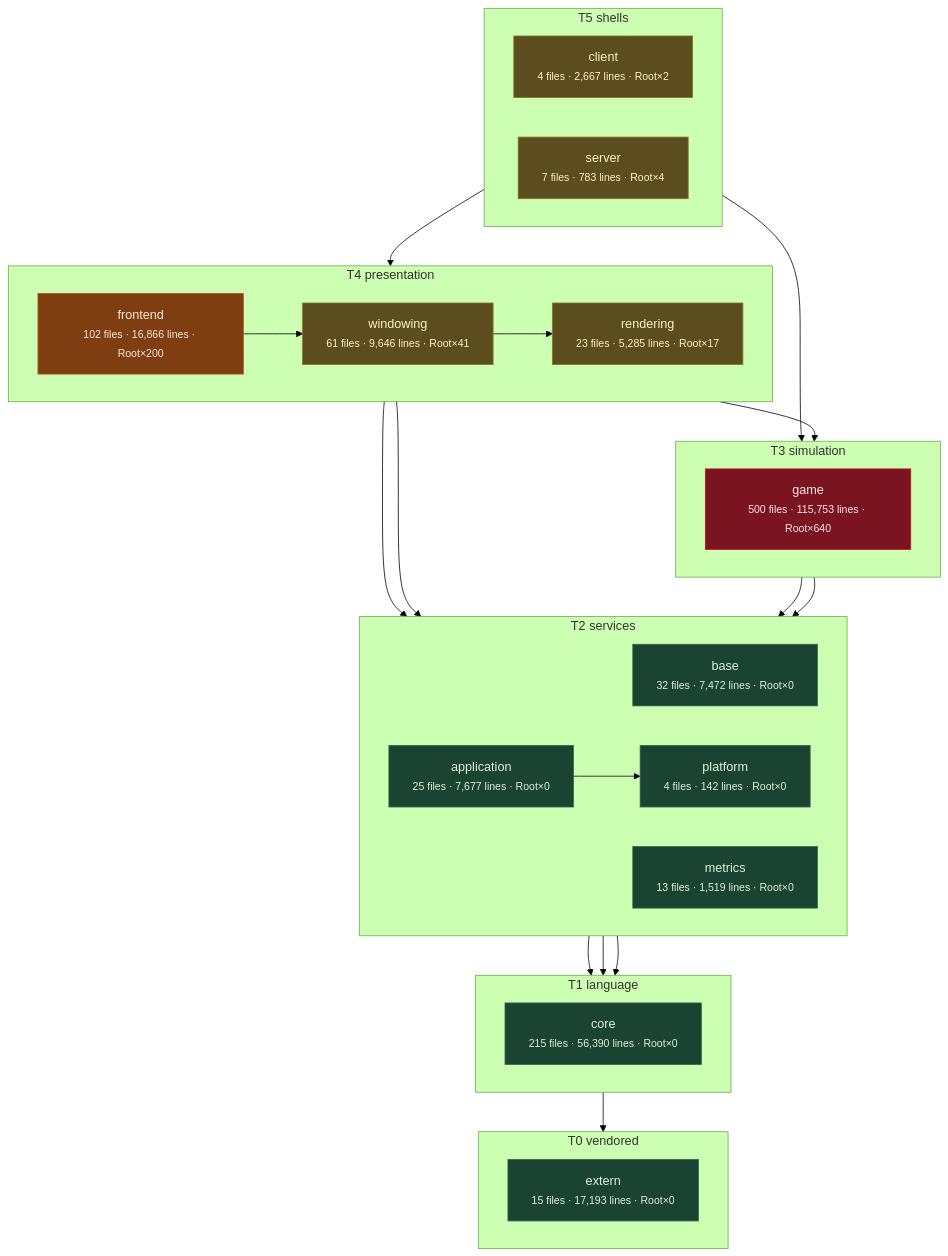
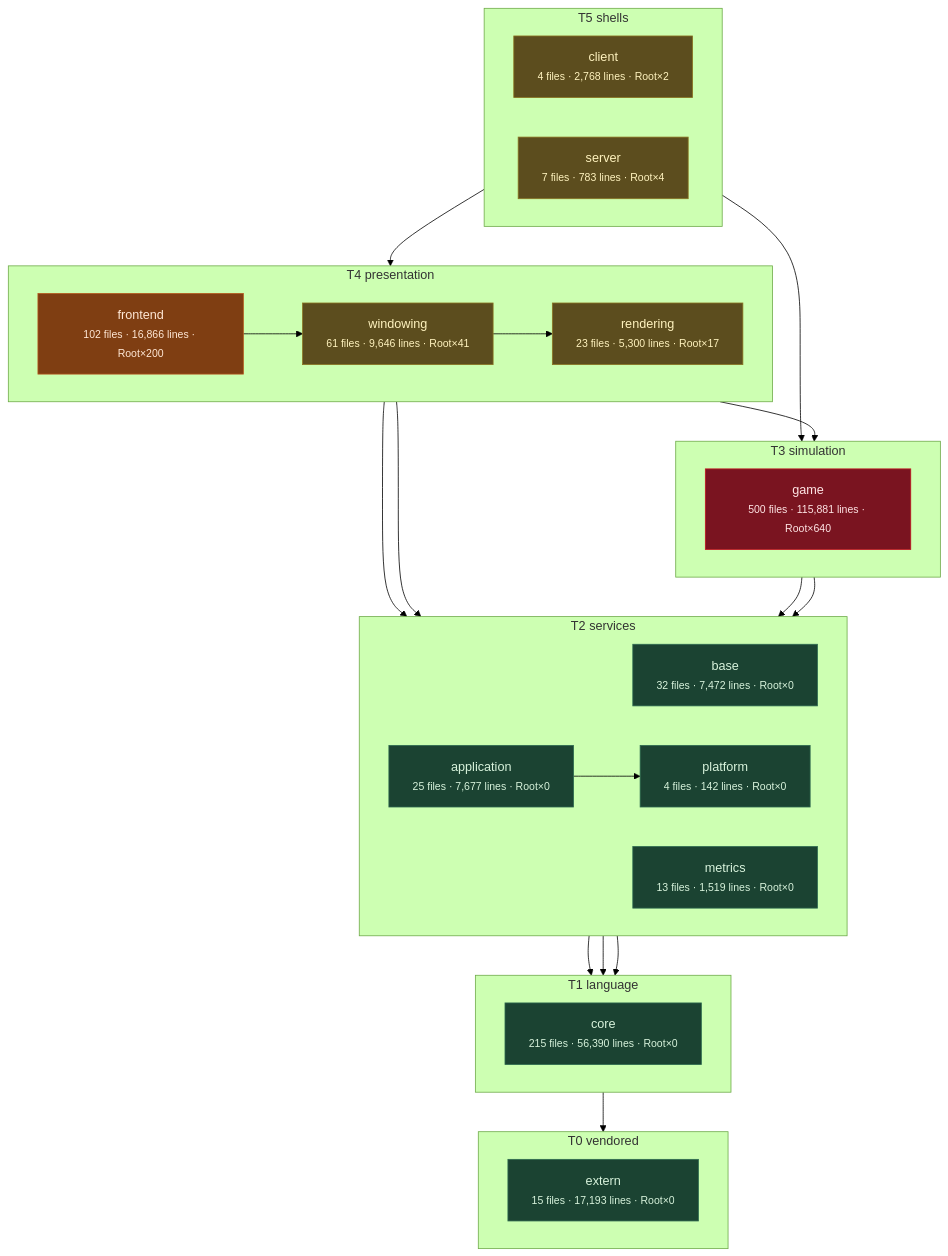
One commit to apnex/OpenStarbound changed the third of 11 diagrams in docs/architecture/system-boundaries.md. Above: the diagram before and after it, drawn with Mermaid (forest theme). The commit also changed other lines of this file and 9 other files, not shown here.

````diff
--- a/docs/architecture/system-boundaries.md
+++ b/docs/architecture/system-boundaries.md
@@ -271,55 +271,55 @@
 ```mermaid
 flowchart TD
   subgraph T0["T0 vendored"]
     direction LR
     extern["extern<br/><small>15 files · 17,193 lines · Root×0</small>"]
   end
   subgraph T1["T1 language"]
     direction LR
     core["core<br/><small>215 files · 56,390 lines · Root×0</small>"]
   end
   subgraph T2["T2 services"]
     direction LR
     base["base<br/><small>32 files · 7,472 lines · Root×0</small>"]
     metrics["metrics<br/><small>13 files · 1,519 lines · Root×0</small>"]
     platform["platform<br/><small>4 files · 142 lines · Root×0</small>"]
     application["application<br/><small>25 files · 7,677 lines · Root×0</small>"]
   end
   subgraph T3["T3 simulation"]
     direction LR
-    game["game<br/><small>500 files · 115,753 lines · Root×640</small>"]
+    game["game<br/><small>500 files · 115,881 lines · Root×640</small>"]
   end
   subgraph T4["T4 presentation"]
     direction LR
-    rendering["rendering<br/><small>23 files · 5,285 lines · Root×17</small>"]
+    rendering["rendering<br/><small>23 files · 5,300 lines · Root×17</small>"]
     windowing["windowing<br/><small>61 files · 9,646 lines · Root×41</small>"]
     frontend["frontend<br/><small>102 files · 16,866 lines · Root×200</small>"]
   end
   subgraph T5["T5 shells"]
     direction LR
-    client["client<br/><small>4 files · 2,667 lines · Root×2</small>"]
+    client["client<br/><small>4 files · 2,768 lines · Root×2</small>"]
     server["server<br/><small>7 files · 783 lines · Root×4</small>"]
   end
   core --> extern
   base --> core
   metrics --> core
   platform --> core
   application --> platform
   game --> base
   game --> platform
   rendering --> application
   rendering --> game
   windowing --> rendering
   frontend --> metrics
   frontend --> windowing
   client --> frontend
   server --> game
   classDef clean fill:#1b4332,stroke:#2d6a4f,color:#d8f3dc
   classDef warm  fill:#5c4d1e,stroke:#8a7420,color:#fff3bf
   classDef hot   fill:#7f3e12,stroke:#b5561b,color:#ffe8d6
   classDef blaze fill:#7a1420,stroke:#c1121f,color:#ffe5e5
   class extern,core,base,metrics,platform,application clean
   class rendering,windowing,client,server warm
   class frontend hot
   class game blaze
 ```
````
